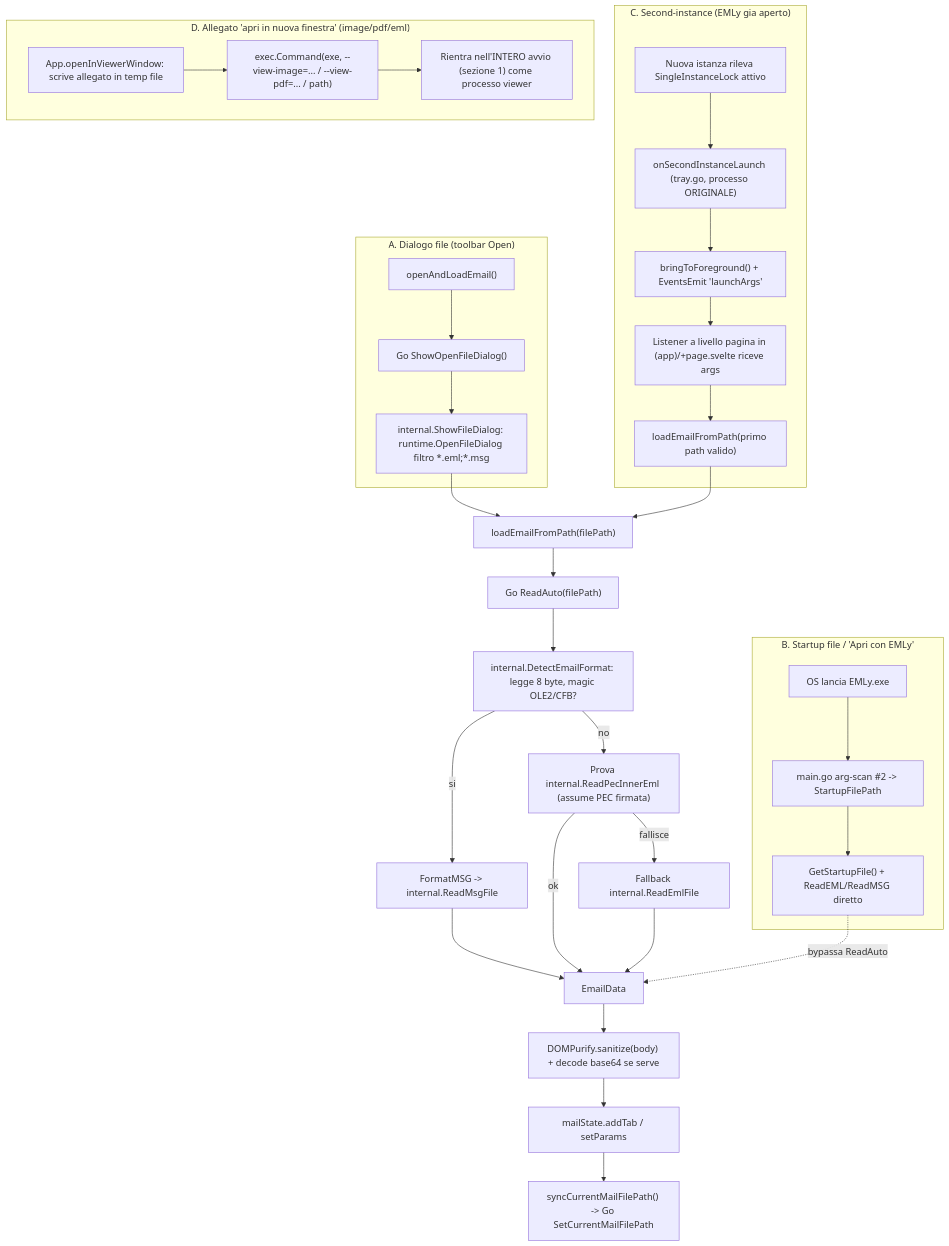
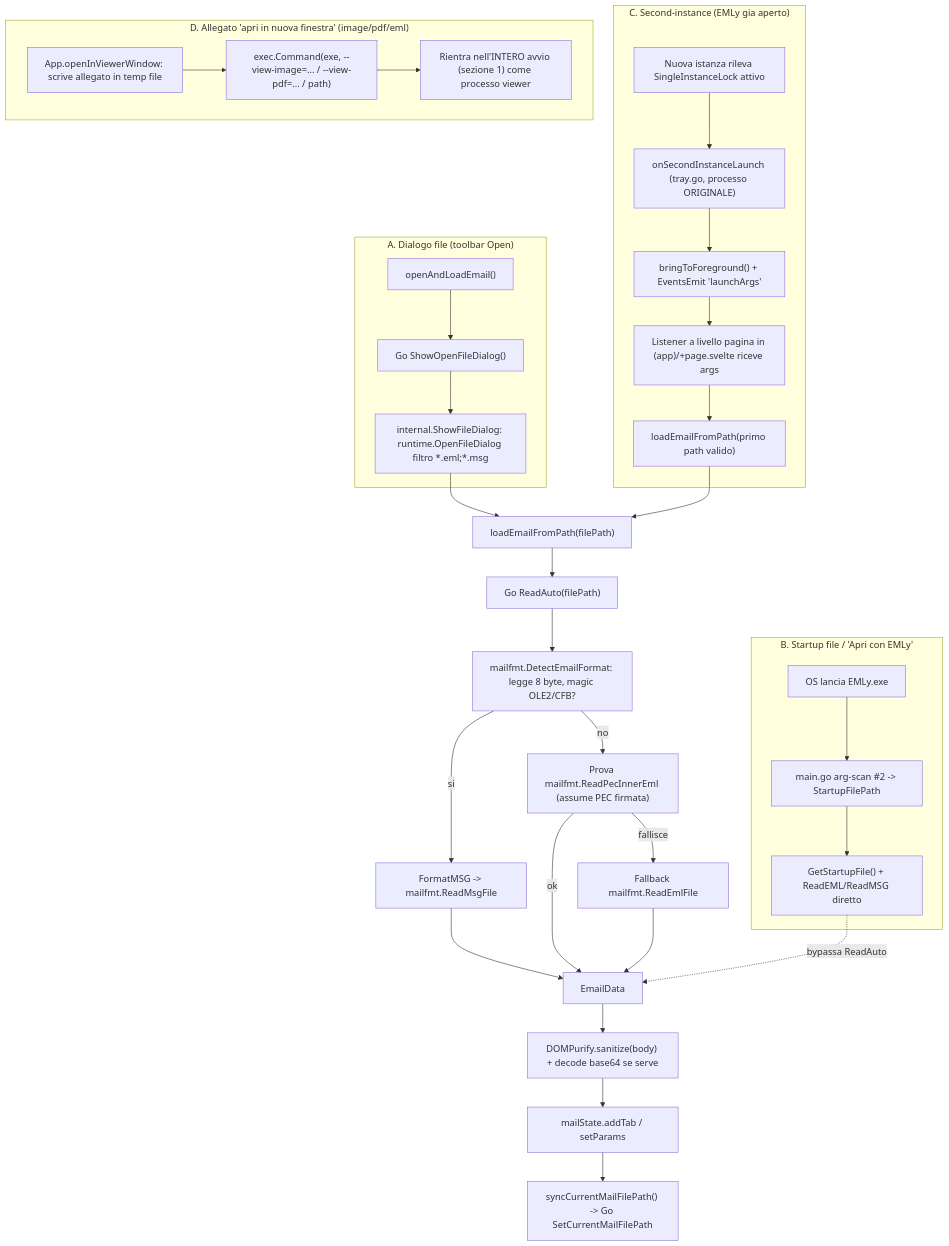
One commit to EMLy-mail/emly-app changed the second of 6 diagrams in docs/mail-flow-schema.md. Above: the diagram before and after it, drawn with Mermaid. The commit also changed other lines of this file and 1 other file, not shown here.

Commit message:
docs: repoint mail-parsing docs at the mailfmt library
docs/mail-flow-schema.md and DOCUMENTATION.md still described
DetectEmailFormat/ReadMsgFile/ReadPecInnerEml/ReadEmlFile and the EML/
MSG/mailparser source files as living under the internal package /
backend/utils/mail, but that code moved to github.com/ffois/mailfmt
in the prior refactor. Update the four internal.* qualifiers and the
EML/MSG parsing section headings in mail-flow-schema.md, and the
EML/MSG/Mail Parser headings plus the rtf_test.go/MSG_DEBUG_PATH note
in DOCUMENTATION.md, to point at the library instead. The two
internal.* references to ShowFileDialog and SaveAttachmentToFolder are
untouched since those Wails-only helpers genuinely stayed in EMLy's
backend/utils/mail package.

````diff
--- a/docs/mail-flow-schema.md
+++ b/docs/mail-flow-schema.md
@@ -43,39 +43,39 @@
 ```mermaid
 flowchart TD
     subgraph A["A. Dialogo file (toolbar Open)"]
         A1["openAndLoadEmail()"] --> A2["Go ShowOpenFileDialog()"]
         A2 --> A3["internal.ShowFileDialog: runtime.OpenFileDialog filtro *.eml;*.msg"]
     end
 
     subgraph B["B. Startup file / 'Apri con EMLy'"]
         B1["OS lancia EMLy.exe <path>"] --> B2["main.go arg-scan #2 -> StartupFilePath"]
         B2 --> B3["GetStartupFile() + ReadEML/ReadMSG diretto"]
     end
 
     subgraph C["C. Second-instance (EMLy gia aperto)"]
         C1["Nuova istanza rileva SingleInstanceLock attivo"] --> C2["onSecondInstanceLaunch (tray.go, processo ORIGINALE)"]
         C2 --> C3["bringToForeground() + EventsEmit 'launchArgs'"]
         C3 --> C4["Listener a livello pagina in (app)/+page.svelte riceve args"]
         C4 --> C5["loadEmailFromPath(primo path valido)"]
     end
 
     subgraph D["D. Allegato 'apri in nuova finestra' (image/pdf/eml)"]
         D1["App.openInViewerWindow: scrive allegato in temp file"] --> D2["exec.Command(exe, --view-image=... / --view-pdf=... / path)"]
         D2 --> D3["Rientra nell'INTERO avvio (sezione 1) come processo viewer"]
     end
 
     A3 --> P["loadEmailFromPath(filePath)"]
     C5 --> P
     P --> Q["Go ReadAuto(filePath)"]
-    Q --> R["internal.DetectEmailFormat: legge 8 byte, magic OLE2/CFB?"]
-    R -->|si| S["FormatMSG -> internal.ReadMsgFile"]
-    R -->|no| T["Prova internal.ReadPecInnerEml (assume PEC firmata)"]
-    T -->|fallisce| U["Fallback internal.ReadEmlFile"]
+    Q --> R["mailfmt.DetectEmailFormat: legge 8 byte, magic OLE2/CFB?"]
+    R -->|si| S["FormatMSG -> mailfmt.ReadMsgFile"]
+    R -->|no| T["Prova mailfmt.ReadPecInnerEml (assume PEC firmata)"]
+    T -->|fallisce| U["Fallback mailfmt.ReadEmlFile"]
     S --> V["EmailData"]
     T -->|ok| V
     U --> V
     V --> W["DOMPurify.sanitize(body) + decode base64 se serve"]
     W --> X["mailState.addTab / setParams"]
     X --> Y["syncCurrentMailFilePath() -> Go SetCurrentMailFilePath"]
     B3 -.->|bypassa ReadAuto| V
 ```
````
